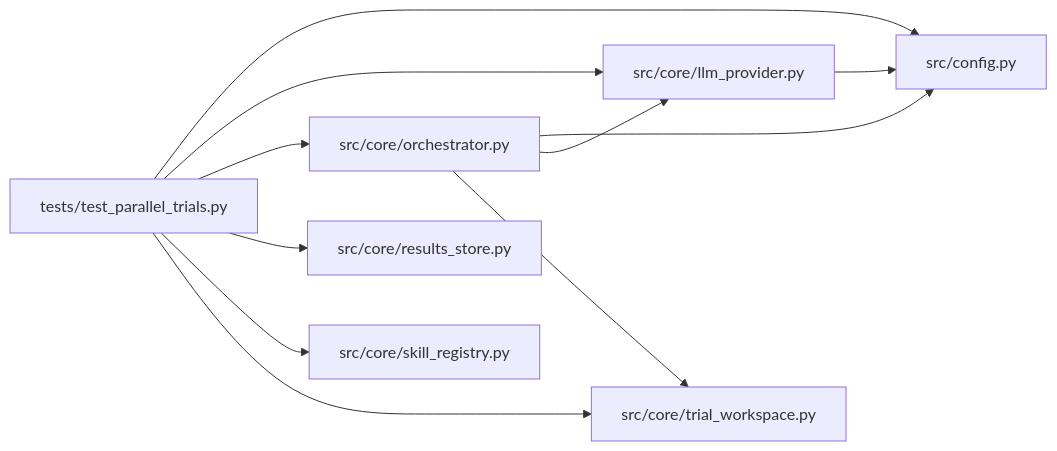
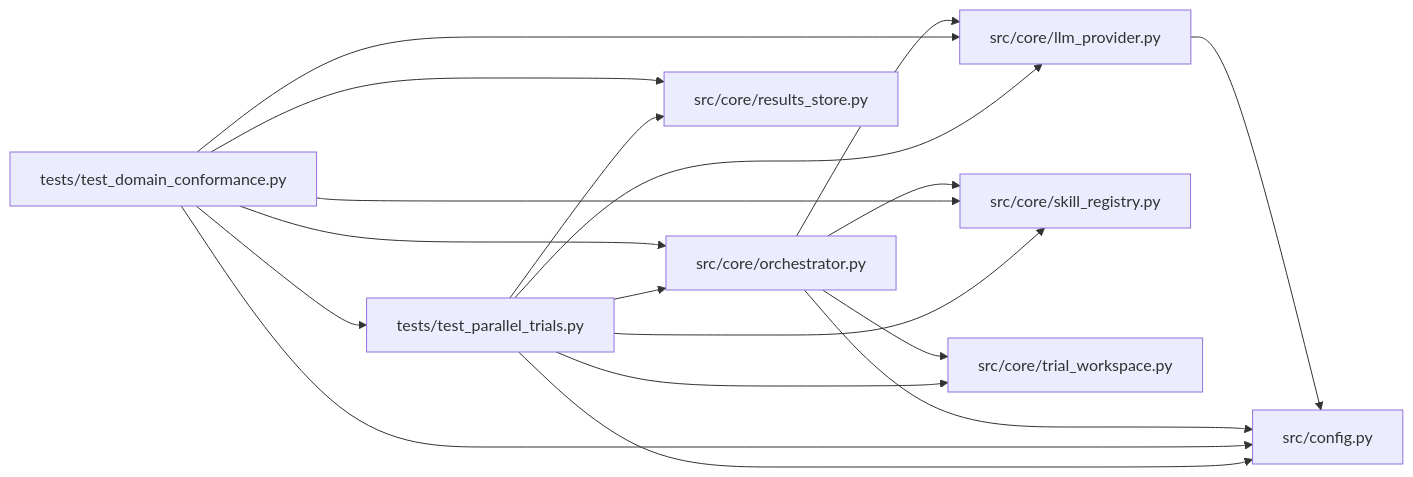
Before and after one commit to Denissvgn/autoresearch-agent: the diagram in docs/llm_wiki/modules/test_parallel_trials.md, drawn with Mermaid. The commit also changed other lines of this file and 1033 other files, not shown here.

````diff
--- a/docs/llm_wiki/modules/test_parallel_trials.md
+++ b/docs/llm_wiki/modules/test_parallel_trials.md
@@ -50,27 +50,36 @@
 ```mermaid
 flowchart LR
     n0["src/config.py"]
     n1["src/core/llm_provider.py"]
     n2["src/core/orchestrator.py"]
     n3["src/core/results_store.py"]
     n4["src/core/skill_registry.py"]
     n5["src/core/trial_workspace.py"]
-    n6["tests/test_parallel_trials.py"]
+    n6["tests/test_domain_conformance.py"]
+    n7["tests/test_parallel_trials.py"]
     n1 --> n0
     n2 --> n0
     n2 --> n1
+    n2 --> n4
     n2 --> n5
     n6 --> n0
     n6 --> n1
     n6 --> n2
     n6 --> n3
     n6 --> n4
-    n6 --> n5
+    n6 --> n7
+    n7 --> n0
+    n7 --> n1
+    n7 --> n2
+    n7 --> n3
+    n7 --> n4
+    n7 --> n5
     click n0 "../modules/config.md"
     click n1 "../modules/llm_provider.md"
     click n2 "../modules/orchestrator.md"
     click n3 "../modules/results_store.md"
     click n4 "../modules/skill_registry.md"
     click n5 "../modules/trial_workspace.md"
-    click n6 "../modules/test_parallel_trials.md"
+    click n6 "../modules/test_domain_conformance.md"
+    click n7 "../modules/test_parallel_trials.md"
 ```
````
